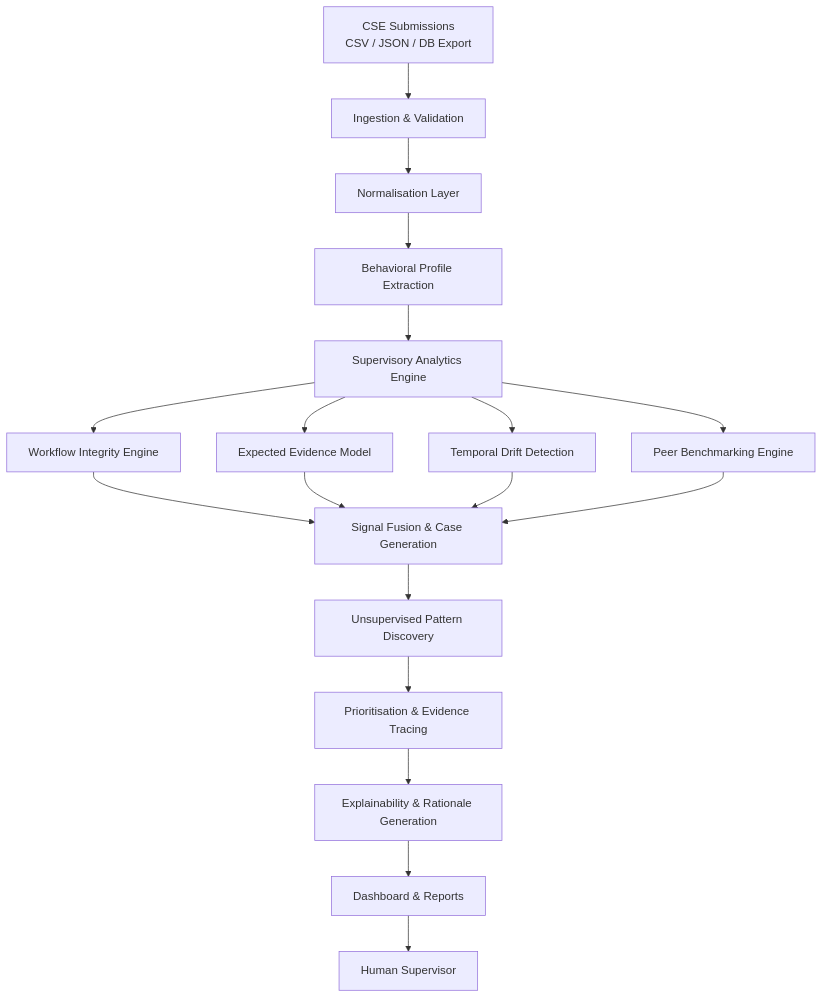
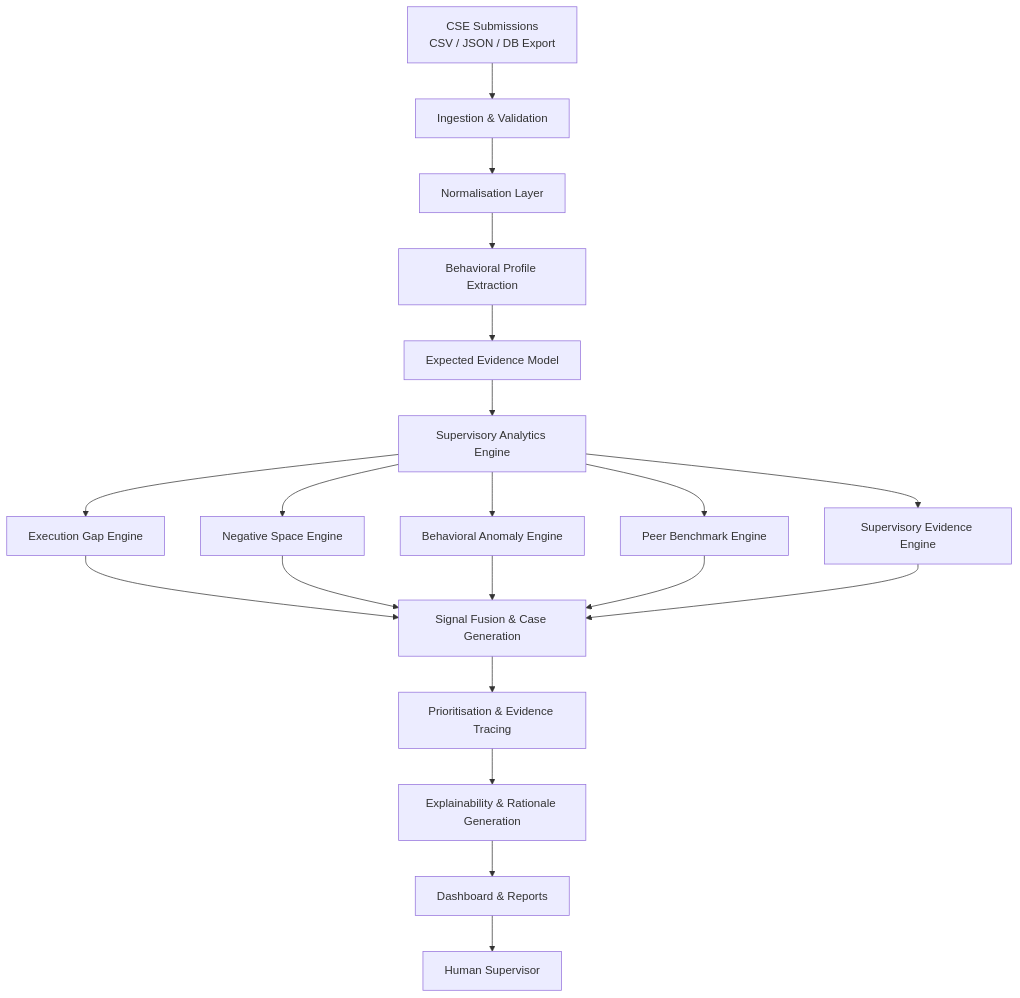
Before and after one commit to Ajay23054-cps-019/SIH-main: the diagram in README.md, drawn with Mermaid. The commit also changed other lines of this file and 3 other files, not shown here.

````diff
--- a/README.md
+++ b/README.md
@@ -174,20 +262,22 @@
 ```mermaid
 flowchart TD
     A[CSE Submissions<br/>CSV / JSON / DB Export] --> B[Ingestion & Validation]
     B --> C[Normalisation Layer]
     C --> D[Behavioral Profile Extraction]
-    D --> E[Supervisory Analytics Engine]
-    E --> F1[Workflow Integrity Engine]
-    E --> F2[Expected Evidence Model]
-    E --> F3[Temporal Drift Detection]
-    E --> F4[Peer Benchmarking Engine]
-    F1 --> G[Signal Fusion & Case Generation]
-    F2 --> G
-    F3 --> G
-    F4 --> G
-    G --> H[Unsupervised Pattern Discovery]
+    D --> E[Expected Evidence Model]
+    E --> F[Supervisory Analytics Engine]
+    F --> G1[Execution Gap Engine]
+    F --> G2[Negative Space Engine]
+    F --> G3[Behavioral Anomaly Engine]
+    F --> G4[Peer Benchmark Engine]
+    F --> G5[Supervisory Evidence Engine]
+    G1 --> H[Signal Fusion & Case Generation]
+    G2 --> H
+    G3 --> H
+    G4 --> H
+    G5 --> H
     H --> I[Prioritisation & Evidence Tracing]
     I --> J[Explainability & Rationale Generation]
     J --> K[Dashboard & Reports]
     K --> L[Human Supervisor]
 ```
````
